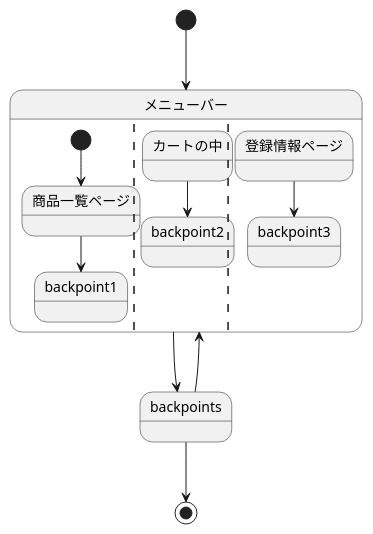
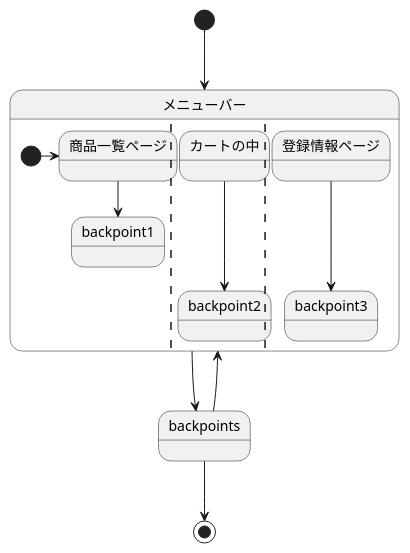
Before and after one commit to Aso2001385/2021sys-design: the diagram in sample/StateMachine.md, drawn with PlantUML.

````diff
--- a/sample/StateMachine.md
+++ b/sample/StateMachine.md
@@ -1,18 +1,18 @@
 ```uml
 @startuml
 
 [*] --> メニューバー
 state メニューバー {
- [*] --> 商品一覧ページ
+ [*] -> 商品一覧ページ
  商品一覧ページ --> backpoint1
  ||
- カートの中 --> backpoint2
+ カートの中 ----> backpoint2
  ||
- 登録情報ページ --> backpoint3
+ 登録情報ページ ----> backpoint3
 }
 メニューバー --> backpoints
 backpoints --> メニューバー
 backpoints --> [*]
 
 @enduml
 ```
````
